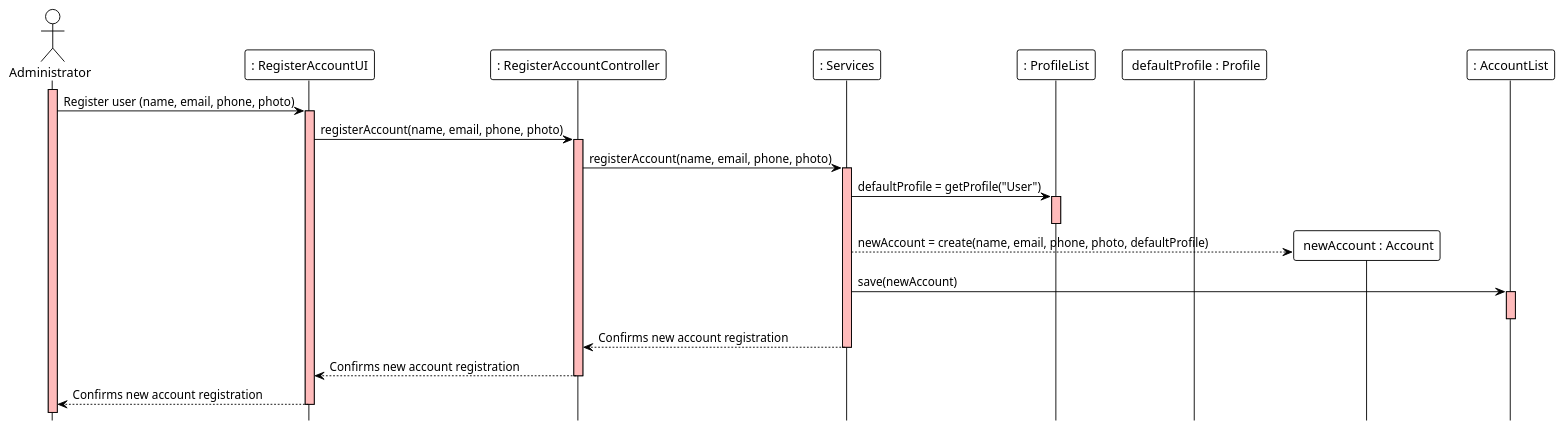
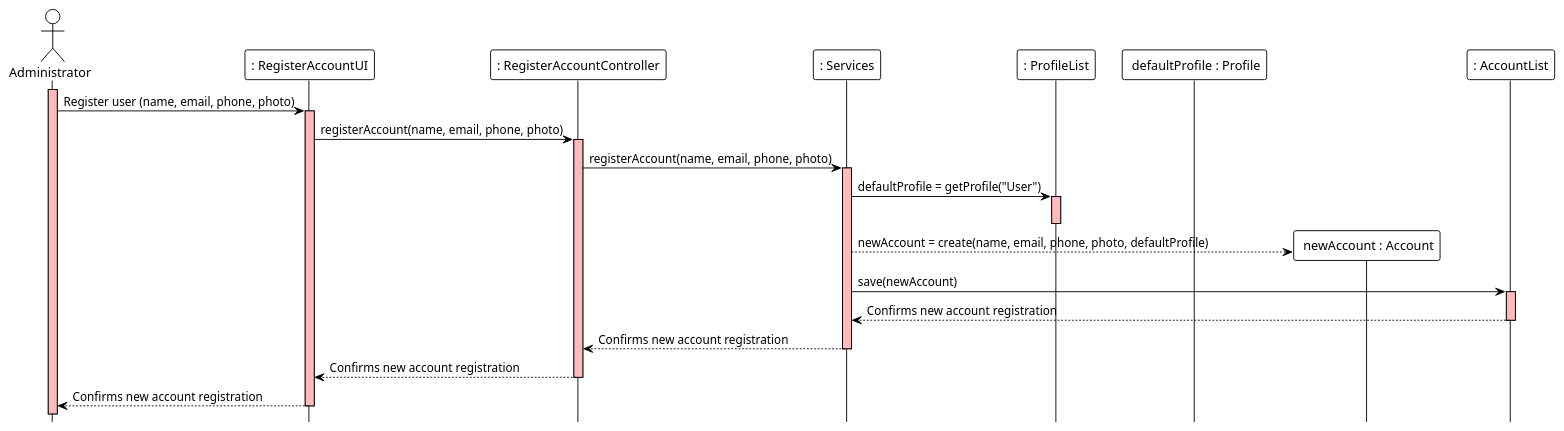
One commit to ivo-menezes/project_g3 changed the diagram in docs/modelling_design/user_stories/us002/US002_RegisterUserSD.puml. Above: the diagram before and after it, drawn with PlantUML.

Commit message:
US002: Design: updated RegisterUserSD

```diff
--- a/docs/modelling_design/user_stories/us002/US002_RegisterUserSD.puml
+++ b/docs/modelling_design/user_stories/us002/US002_RegisterUserSD.puml
@@ -1,39 +1,40 @@
 @startuml
 !theme plain
 hide footbox
 actor Administrator  as Administrator
 participant ": RegisterAccountUI" as UI
 participant ": RegisterAccountController" as Controller
 participant ": Services" as Services
 participant ": ProfileList" as ProfileList
 participant " defaultProfile : Profile"
 participant " newAccount : Account" as newAccount
 participant ": AccountList" as List
 
 activate Administrator #FFBBBB
 Administrator ->  UI : Register user (name, email, phone, photo)
 activate UI #FFBBBB
 UI -> Controller : registerAccount(name, email, phone, photo)
 activate Controller #FFBBBB
 Controller -> Services : registerAccount(name, email, phone, photo)
 activate Services #FFBBBB
 Services -> ProfileList : defaultProfile = getProfile("User")
 activate ProfileList #FFBBBB
 deactivate ProfileList
 Services --> newAccount ** : newAccount = create(name, email, phone, photo, defaultProfile)
 Services -> List : save(newAccount)
 
 activate List #FFBBBB
+List --> Services : Confirms new account registration
 deactivate List
 
 'List -> List : emailExists(email)
 
 'List -> List : add(newAccount)
 'List --> Services : Confirms new account registration
 Services --> Controller : Confirms new account registration
 deactivate Services
 Controller --> UI : Confirms new account registration
 deactivate Controller
 UI --> Administrator : Confirms new account registration
 deactivate UI
 @enduml
```
